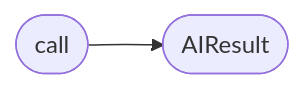
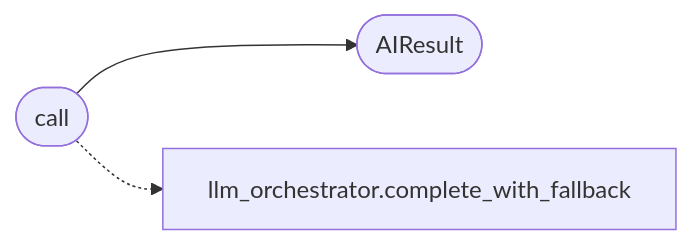
One commit to grisuno/LazyOwn changed the diagram in readmenator-apidocs/modules/modules.ai_fallback.py.md. Above: the diagram before and after it, drawn with Mermaid. The commit also changed other lines of this file and 424 other files, not shown here.

````diff
--- a/readmenator-apidocs/modules/modules.ai_fallback.py.md
+++ b/readmenator-apidocs/modules/modules.ai_fallback.py.md
@@ -35,6 +42,8 @@
 ```mermaid
 flowchart LR
     n_modules_ai_fallback_py__call(["call"])
     n_modules_ai_fallback_py__AIResult(["AIResult"])
+    n_modules_llm_orchestrator_py__complete_with_fallback["llm_orchestrator.complete_with_fallback"]
     n_modules_ai_fallback_py__call --> n_modules_ai_fallback_py__AIResult
+    n_modules_ai_fallback_py__call -.-> n_modules_llm_orchestrator_py__complete_with_fallback
 ```
````
